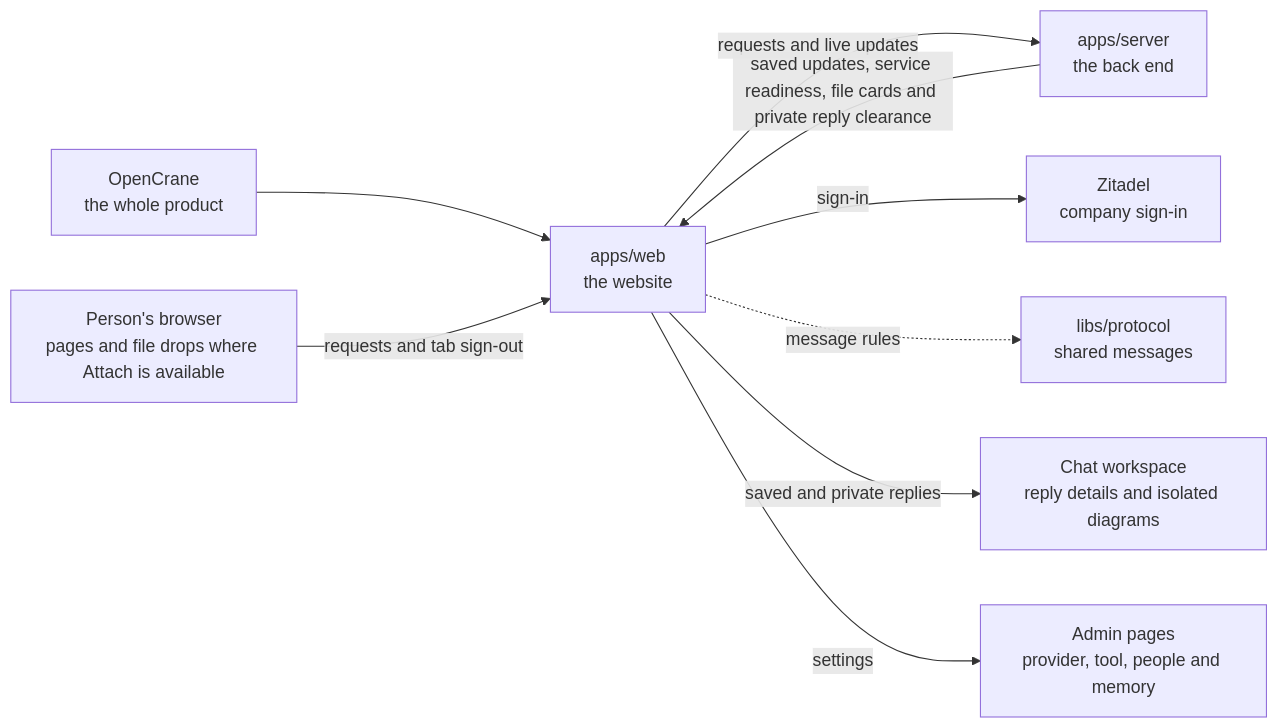
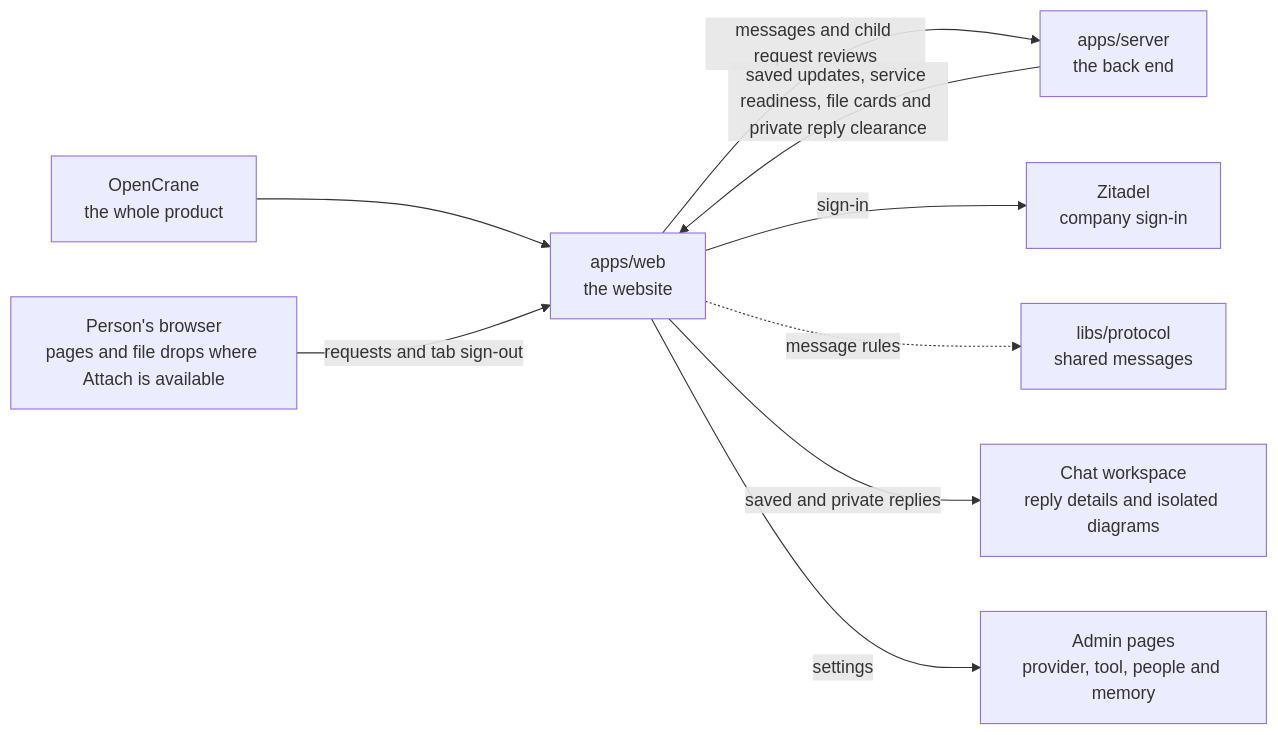
Before and after one commit to elewa-git/opencrane-new: the diagram in apps/web/README.md, drawn with Mermaid. The commit also changed other lines of this file and 14 other files, not shown here.

Commit message:
💬 Add reviewed child requests to own group messages

````diff
--- a/apps/web/README.md
+++ b/apps/web/README.md
@@ -16,11 +16,11 @@
 ```mermaid
 flowchart LR
   system["OpenCrane<br/>the whole product"] --> web["apps/web<br/>the website"]
   browser["Person's browser<br/>pages and file drops where Attach is available"] -->|requests and tab sign-out| web
-  web -->|requests and live updates| server["apps/server<br/>the back end"]
+  web -->|messages and child request reviews| server["apps/server<br/>the back end"]
   server -->|saved updates, service readiness, file cards and private reply clearance| web
   web -->|sign-in| zitadel["Zitadel<br/>company sign-in"]
   web -.->|message rules| protocol["libs/protocol<br/>shared messages"]
   web -->|saved and private replies| capture["Chat workspace<br/>reply details and isolated diagrams"]
   web -->|settings| admin["Admin pages<br/>provider, tool, people and memory"]
 ```
````
